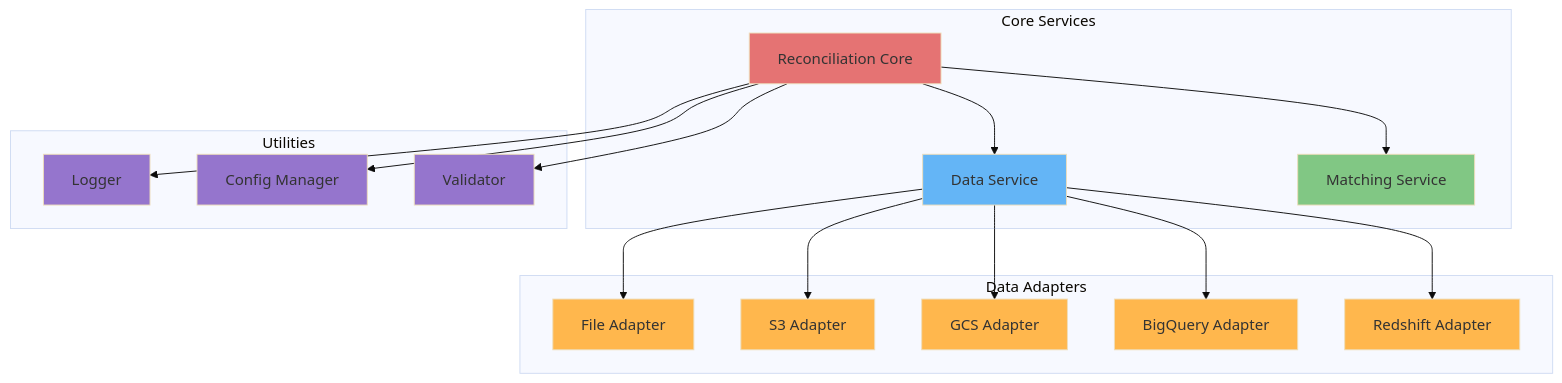
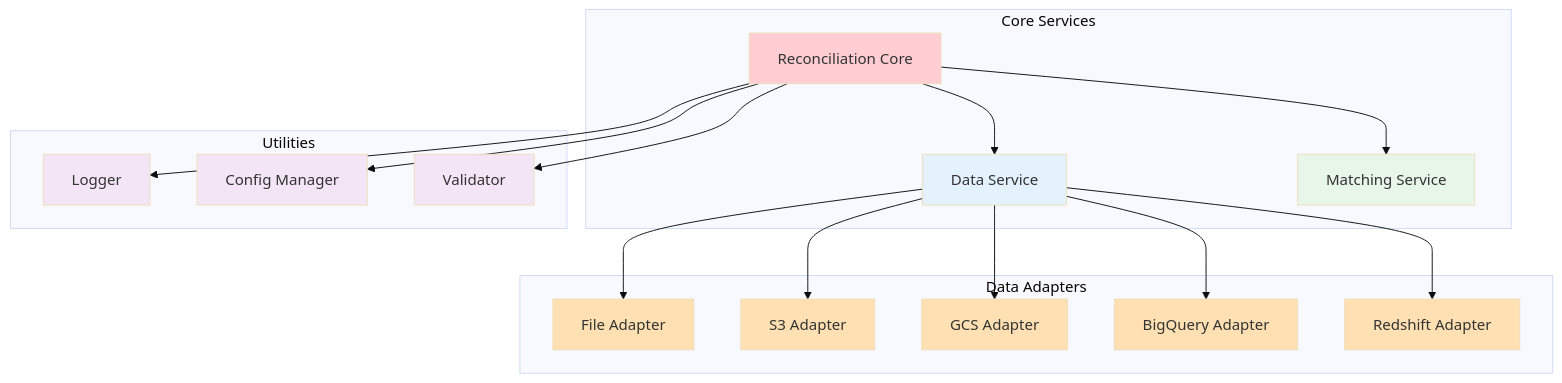
One commit to tomshannon1/reconciliation-engine changed the third of 3 diagrams in README.MD. Above: the diagram before and after it, drawn with Mermaid (base theme). The commit also changed other lines of this file, not shown here.

````diff
--- a/README.MD
+++ b/README.MD
@@ -126,45 +126,45 @@
 ```mermaid
 graph TB
     subgraph "Core Services"
         RC[Reconciliation Core]
         DS[Data Service]
         MS[Matching Service]
     end
 
     subgraph "Data Adapters"
         FA[File Adapter]
         SA[S3 Adapter]
         GA[GCS Adapter]
         BA[BigQuery Adapter]
         RA[Redshift Adapter]
     end
 
     subgraph "Utilities"
         Logger
         Config[Config Manager]
         Valid[Validator]
     end
 
     RC --> DS
     RC --> MS
     DS --> FA
     DS --> SA
     DS --> GA
     DS --> BA
     DS --> RA
     RC --> Logger
     RC --> Config
     RC --> Valid
 
-    style RC fill:#E57373
-    style DS fill:#64B5F6
-    style MS fill:#81C784
-    style FA fill:#FFB74D
-    style SA fill:#FFB74D
-    style GA fill:#FFB74D
-    style BA fill:#FFB74D
-    style RA fill:#FFB74D
-    style Logger fill:#9575CD
-    style Config fill:#9575CD
-    style Valid fill:#9575CD
+    style RC fill:#FFCDD2
+    style DS fill:#E3F2FD
+    style MS fill:#E8F5E9
+    style FA fill:#FFE0B2
+    style SA fill:#FFE0B2
+    style GA fill:#FFE0B2
+    style BA fill:#FFE0B2
+    style RA fill:#FFE0B2
+    style Logger fill:#F3E5F5
+    style Config fill:#F3E5F5
+    style Valid fill:#F3E5F5
 ```
````
